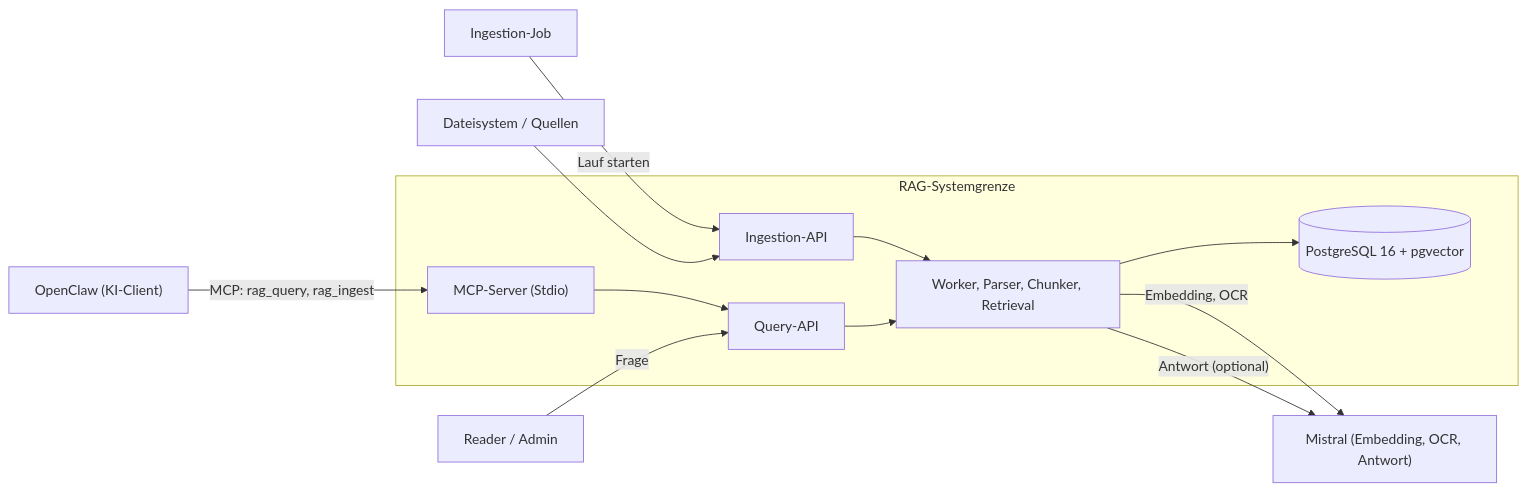
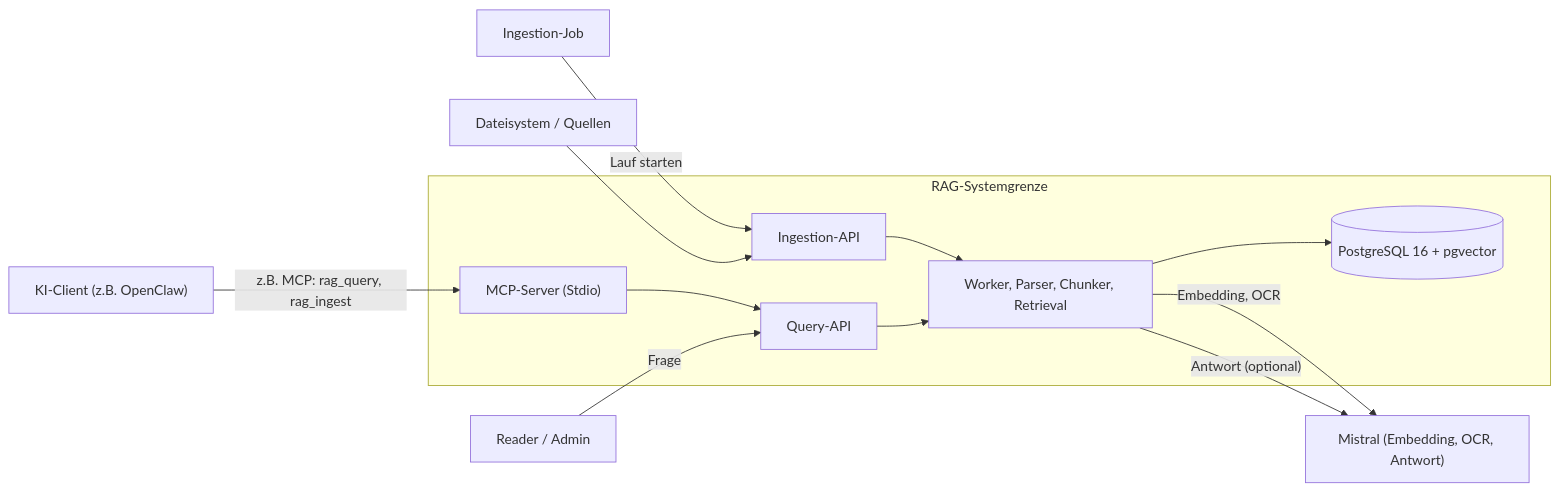
One commit to theEdguy/Projektarbeit changed the first of 4 diagrams in praesentation.md. Above: the diagram before and after it, drawn with Mermaid. The commit also changed other lines of this file, not shown here.

````diff
--- a/praesentation.md
+++ b/praesentation.md
@@ -164,25 +150,25 @@
 ```mermaid
 flowchart LR
     R["Reader / Admin"]
     J["Ingestion-Job"]
-    OC["OpenClaw (KI-Client)"]
+    OC["KI-Client (z.B. OpenClaw)"]
     F["Dateisystem / Quellen"]
     MI["Mistral (Embedding, OCR, Antwort)"]
     subgraph RAG["RAG-Systemgrenze"]
         I["Ingestion-API"]
         Q["Query-API"]
         M["MCP-Server (Stdio)"]
         P["Worker, Parser, Chunker, Retrieval"]
         D[("PostgreSQL 16 + pgvector")]
         M --> Q
         I --> P
         Q --> P
         P --> D
     end
     R -->|"Frage"| Q
     J -->|"Lauf starten"| I
-    OC -->|"MCP: rag_query, rag_ingest"| M
+    OC -->|"z.B. MCP: rag_query, rag_ingest"| M
     F --> I
     P -->|"Embedding, OCR"| MI
     P -->|"Antwort (optional)"| MI
 ```
````
